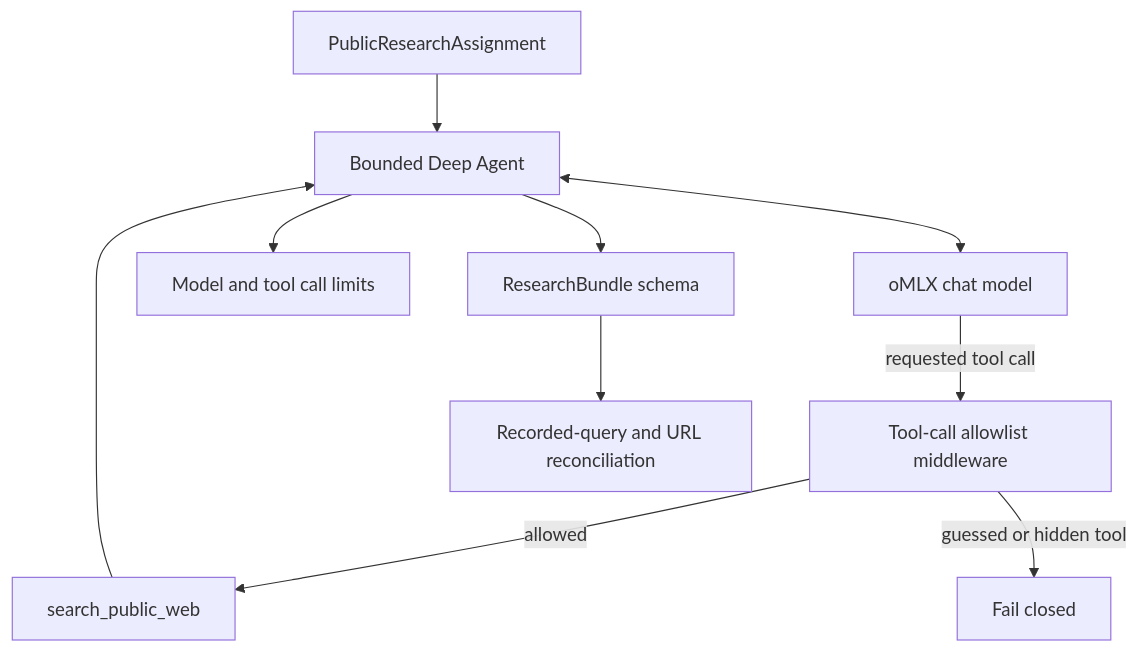
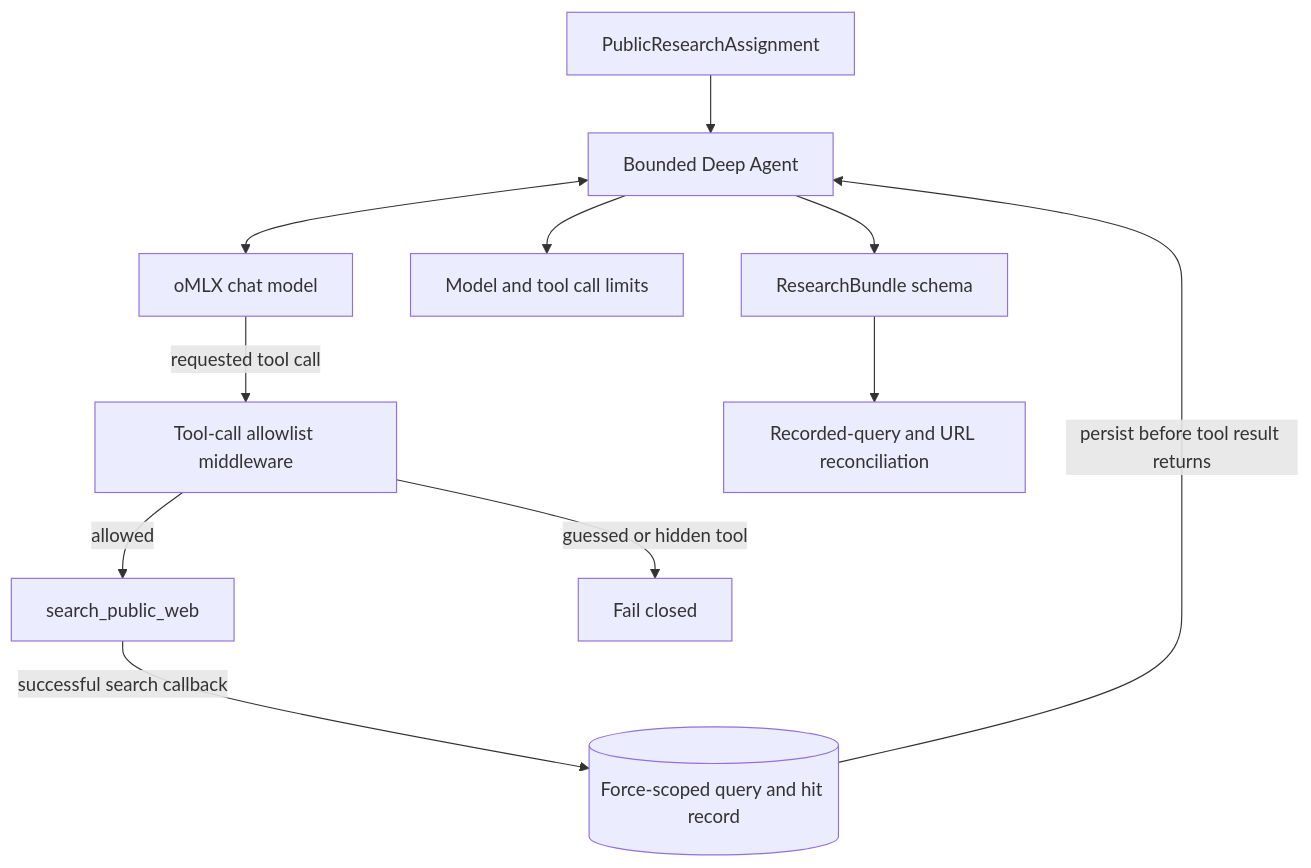
Before and after one commit to sw30labs/PorterForcesAI: the fourth of 6 diagrams in docs/technical/dfd.md, drawn with Mermaid. The commit also changed other lines of this file and 14 other files, not shown here.

````diff
--- a/docs/technical/dfd.md
+++ b/docs/technical/dfd.md
@@ -141,21 +164,23 @@
 ```mermaid
 flowchart TB
     ASSIGN[PublicResearchAssignment]
     AGENT[Bounded Deep Agent]
     MODEL[oMLX chat model]
     TOOL[search_public_web]
     LIMITS[Model and tool call limits]
     GUARD[Tool-call allowlist middleware]
+    DURABLE[(Force-scoped query and hit record)]
     RESULT[ResearchBundle schema]
     RECONCILE[Recorded-query and URL reconciliation]
 
     ASSIGN --> AGENT
     AGENT <--> MODEL
     AGENT --> LIMITS
     MODEL -->|requested tool call| GUARD
     GUARD -->|allowed| TOOL
     GUARD -->|guessed or hidden tool| REJECT[Fail closed]
-    TOOL --> AGENT
+    TOOL -->|successful search callback| DURABLE
+    DURABLE -->|persist before tool result returns| AGENT
     AGENT --> RESULT
     RESULT --> RECONCILE
 ```
````
